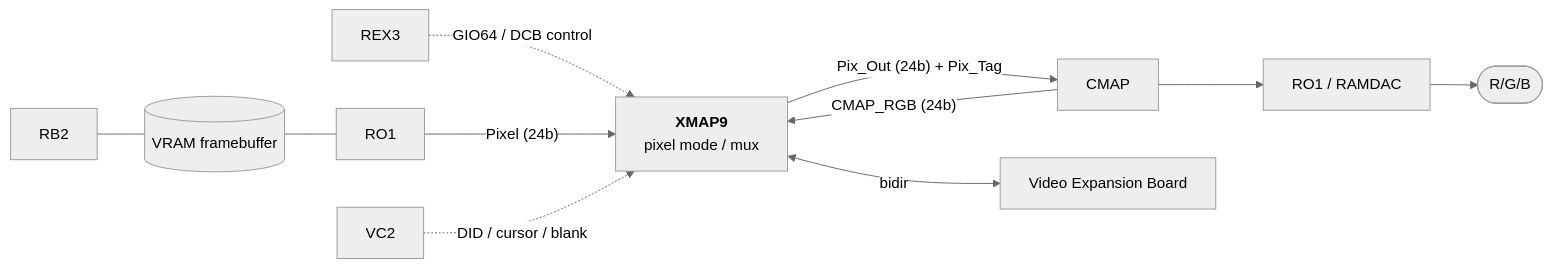
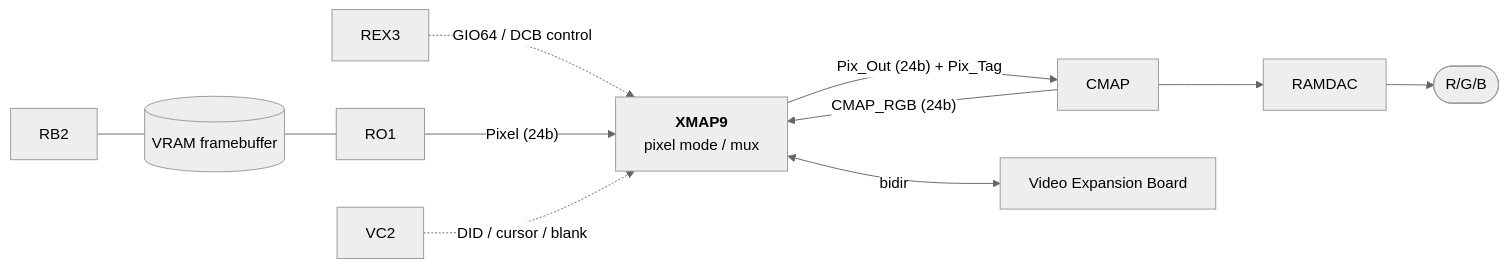
Before and after one commit to dsheffie/henry-the-wannabe-ip22-soc: the diagram in docs/graphics/xmap9.md, drawn with Mermaid (neutral theme). The commit also changed other lines of this file and 26 other files, not shown here.

````diff
--- a/docs/graphics/xmap9.md
+++ b/docs/graphics/xmap9.md
@@ -24,11 +25,11 @@
 ```mermaid
 flowchart LR
     REX3["REX3"] -.->|"GIO64 / DCB control"| XMAP9
     RB2["RB2"] --- VRAM[("VRAM framebuffer")] --- RO1["RO1"]
     RO1 -->|"Pixel (24b)"| XMAP9["<b>XMAP9</b><br/>pixel mode / mux"]
     VC2["VC2"] -.->|"DID / cursor / blank"| XMAP9
     XMAP9 -->|"Pix_Out (24b) + Pix_Tag"| CMAP["CMAP"]
     CMAP -->|"CMAP_RGB (24b)"| XMAP9
-    CMAP --> OUT["RO1 / RAMDAC"] --> RGB([R/G/B])
+    CMAP --> OUT["RAMDAC"] --> RGB([R/G/B])
     XMAP9 <-->|bidir| VEB["Video Expansion Board"]
 ```
````
